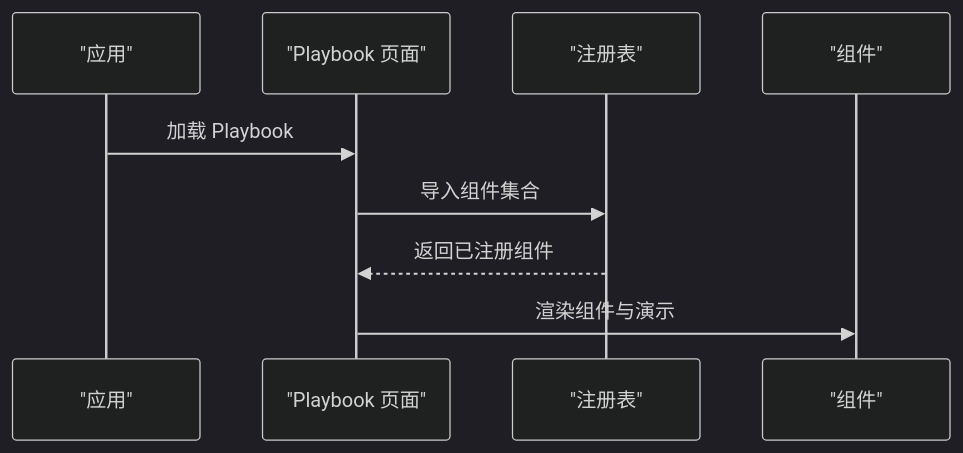
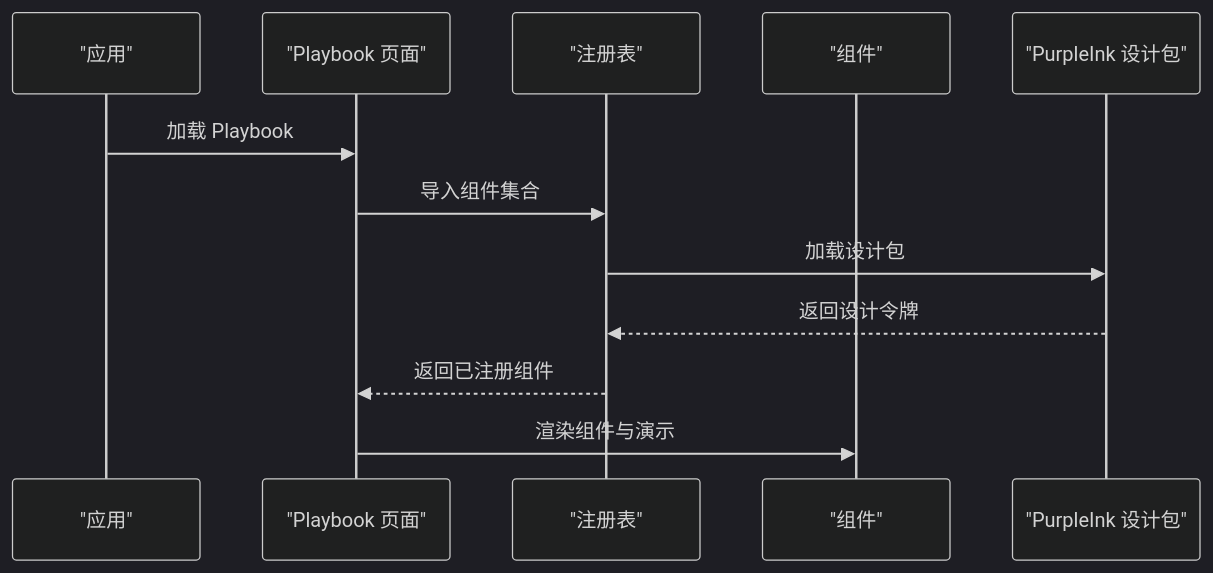
The sixth of 6 diagrams in .qoder/repowiki/zh/content/UI 组件库/UI 组件库.md (AIMFllyYS/code-video-canvas), drawn with Mermaid (dark theme) before and after one commit. The commit also changed other lines of this file and 44 other files, not shown here.

````diff
--- a/.qoder/repowiki/zh/content/UI 组件库/UI 组件库.md
+++ b/.qoder/repowiki/zh/content/UI 组件库/UI 组件库.md
@@ -690,11 +818,14 @@
 ```mermaid
 sequenceDiagram
 participant App as "应用"
 participant Page as "Playbook 页面"
 participant Reg as "注册表"
 participant Comp as "组件"
+participant PI as "PurpleInk 设计包"
 App->>Page : 加载 Playbook
 Page->>Reg : 导入组件集合
+Reg->>PI : 加载设计包
+PI-->>Reg : 返回设计令牌
 Reg-->>Page : 返回已注册组件
 Page->>Comp : 渲染组件与演示
 ```
````
